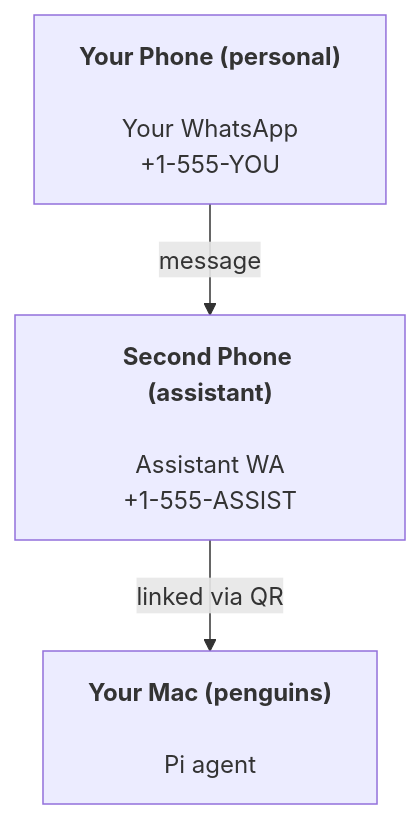
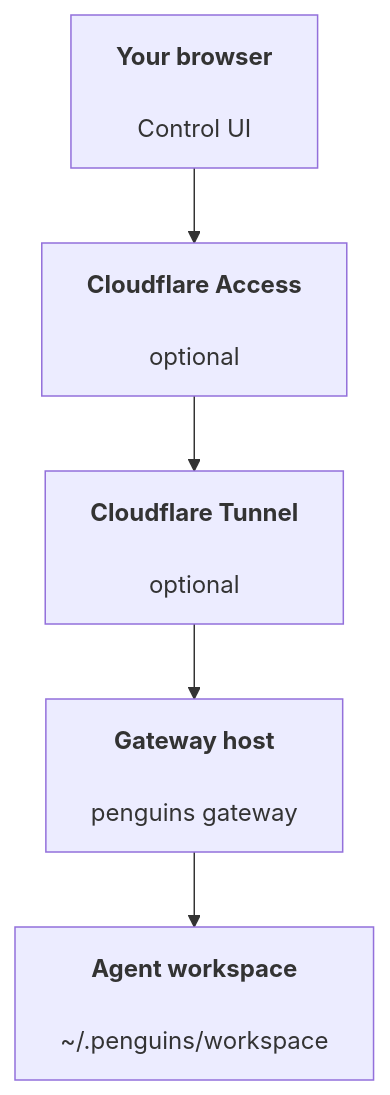
Before and after one commit to lalomorales22/penguins: the diagram in docs/start/penguins.md, drawn with Mermaid. The commit also changed other lines of this file and 447 other files, not shown here.

````diff
--- a/docs/start/penguins.md
+++ b/docs/start/penguins.md
@@ -36,5 +40,7 @@
 ```mermaid
 flowchart TB
-    A["<b>Your Phone (personal)<br></b><br>Your WhatsApp<br>+1-555-YOU"] -- message --> B["<b>Second Phone (assistant)<br></b><br>Assistant WA<br>+1-555-ASSIST"]
-    B -- linked via QR --> C["<b>Your Mac (penguins)<br></b><br>Pi agent"]
+    A["<b>Your browser<br></b><br>Control UI"] --> B["<b>Cloudflare Access<br></b><br>optional"]
+    B --> C["<b>Cloudflare Tunnel<br></b><br>optional"]
+    C --> D["<b>Gateway host<br></b><br>penguins gateway"]
+    D --> E["<b>Agent workspace<br></b><br>~/.penguins/workspace"]
 ```
````
